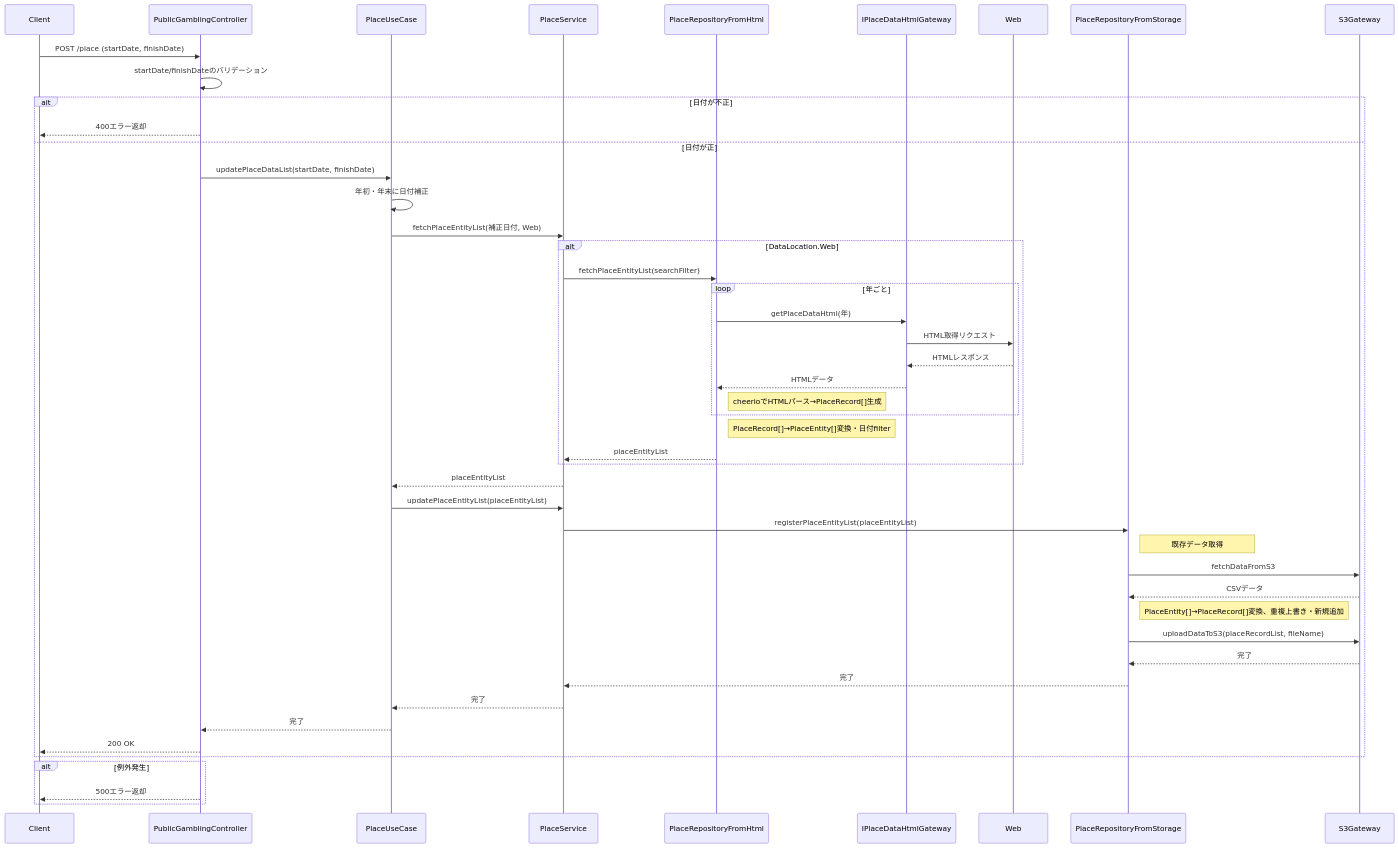
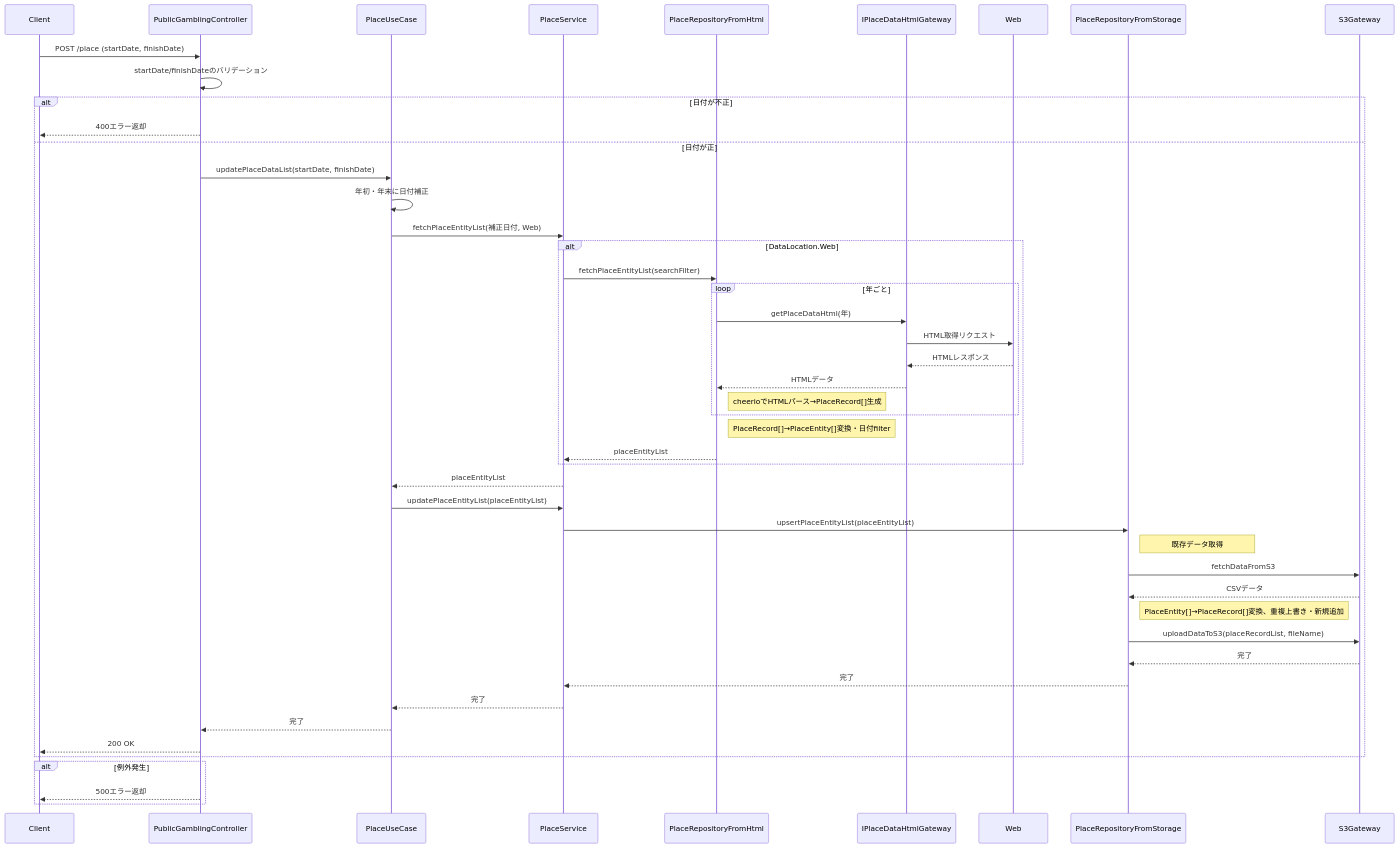
Before and after one commit to taichi6930/race-schedule-api: the diagram in document/detail-design/sequence/publicGambling/updatePlaceEntityList.md, drawn with Mermaid. The commit also changed 44 other files, not shown here.

````diff
--- a/document/detail-design/sequence/publicGambling/updatePlaceEntityList.md
+++ b/document/detail-design/sequence/publicGambling/updatePlaceEntityList.md
@@ -3,50 +3,50 @@
 ```mermaid
 sequenceDiagram
     participant Client
     participant PublicGamblingController
     participant PlaceUseCase
     participant PlaceService
     participant PlaceRepositoryFromHtml
     participant IPlaceDataHtmlGateway
     participant Web
     participant PlaceRepositoryFromStorage
     participant S3Gateway
 
     Client->>PublicGamblingController: POST /place (startDate, finishDate)
     PublicGamblingController->>PublicGamblingController: startDate/finishDateのバリデーション
     alt 日付が不正
         PublicGamblingController-->>Client: 400エラー返却
     else 日付が正
         PublicGamblingController->>PlaceUseCase: updatePlaceDataList(startDate, finishDate)
         PlaceUseCase->>PlaceUseCase: 年初・年末に日付補正
         PlaceUseCase->>PlaceService: fetchPlaceEntityList(補正日付, Web)
         alt DataLocation.Web
             PlaceService->>PlaceRepositoryFromHtml: fetchPlaceEntityList(searchFilter)
             loop 年ごと
                 PlaceRepositoryFromHtml->>IPlaceDataHtmlGateway: getPlaceDataHtml(年)
                 IPlaceDataHtmlGateway->>Web: HTML取得リクエスト
                 Web-->>IPlaceDataHtmlGateway: HTMLレスポンス
                 IPlaceDataHtmlGateway-->>PlaceRepositoryFromHtml: HTMLデータ
                 note right of PlaceRepositoryFromHtml: cheerioでHTMLパース→PlaceRecord[]生成
             end
             note right of PlaceRepositoryFromHtml: PlaceRecord[]→PlaceEntity[]変換・日付filter
             PlaceRepositoryFromHtml-->>PlaceService: placeEntityList
         end
         PlaceService-->>PlaceUseCase: placeEntityList
         PlaceUseCase->>PlaceService: updatePlaceEntityList(placeEntityList)
-        PlaceService->>PlaceRepositoryFromStorage: registerPlaceEntityList(placeEntityList)
+        PlaceService->>PlaceRepositoryFromStorage: upsertPlaceEntityList(placeEntityList)
         note right of PlaceRepositoryFromStorage: 既存データ取得
         PlaceRepositoryFromStorage->>S3Gateway: fetchDataFromS3
         S3Gateway-->>PlaceRepositoryFromStorage: CSVデータ
         note right of PlaceRepositoryFromStorage: PlaceEntity[]→PlaceRecord[]変換、重複上書き・新規追加
         PlaceRepositoryFromStorage->>S3Gateway: uploadDataToS3(placeRecordList, fileName)
         S3Gateway-->>PlaceRepositoryFromStorage: 完了
         PlaceRepositoryFromStorage-->>PlaceService: 完了
         PlaceService-->>PlaceUseCase: 完了
         PlaceUseCase-->>PublicGamblingController: 完了
         PublicGamblingController-->>Client: 200 OK
     end
     alt 例外発生
         PublicGamblingController-->>Client: 500エラー返却
     end
 ```
````
